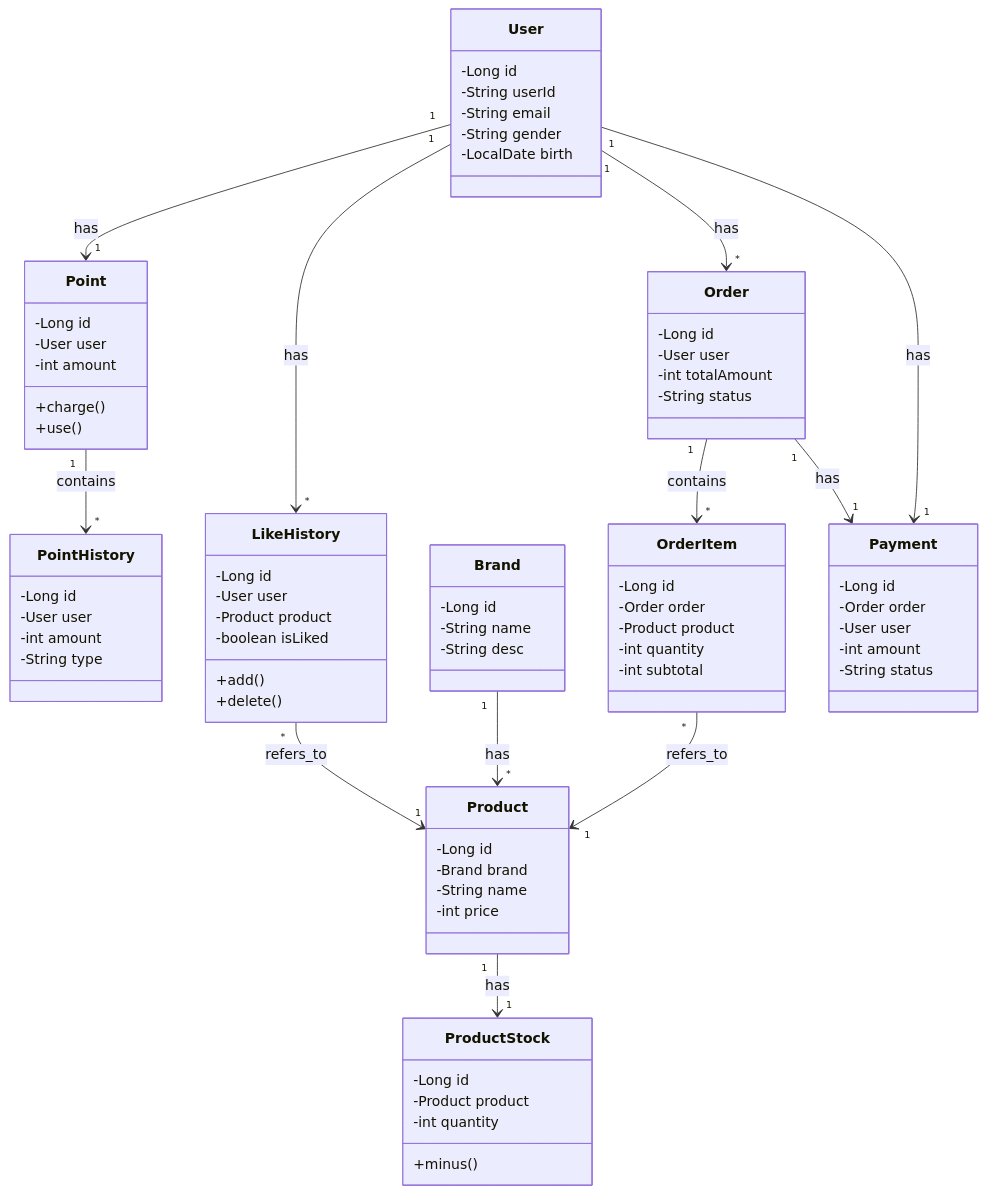
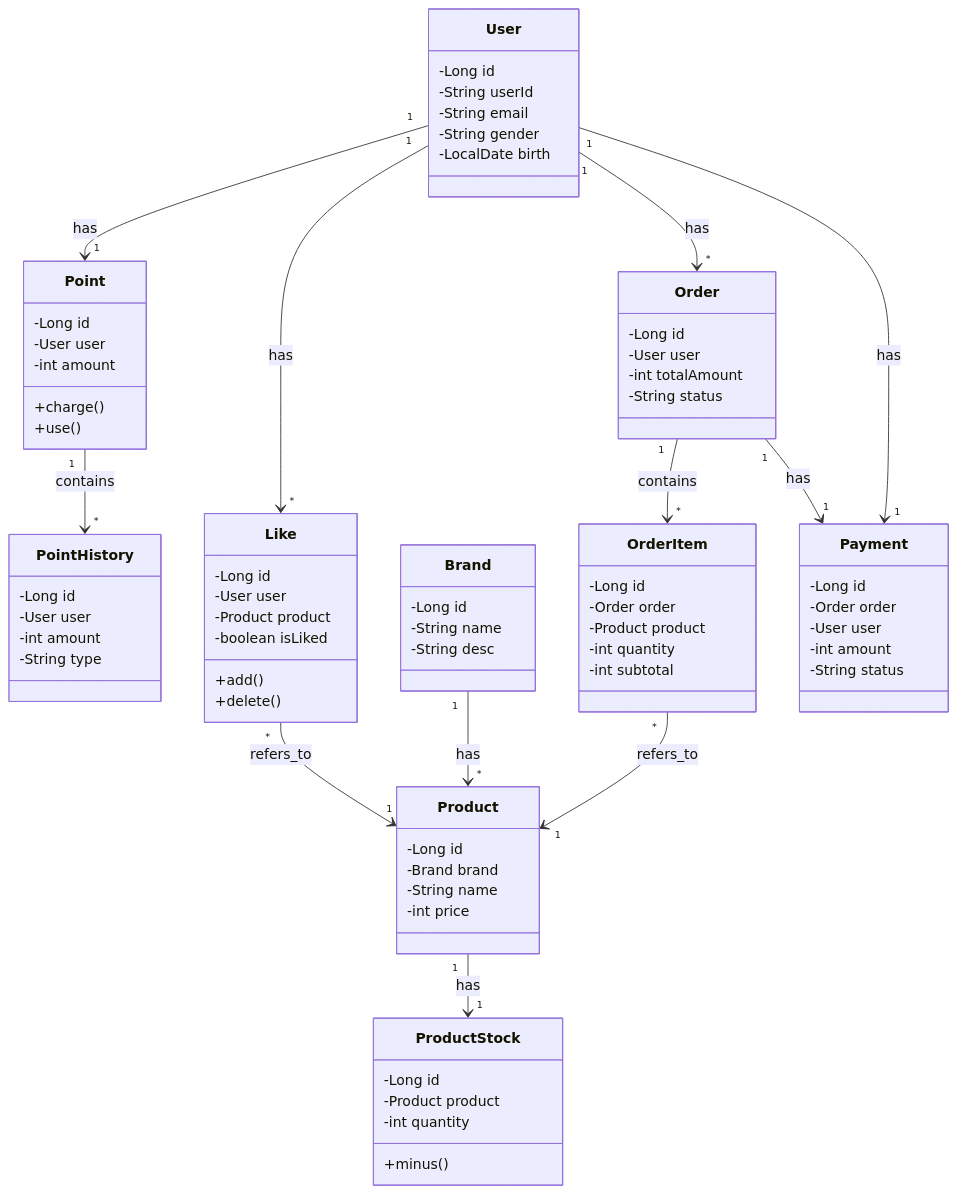
The diagram in docs/design/03-class-diagrams.md (hyunn12/e-commerce-project), drawn with Mermaid before and after one commit. The commit also changed 1 other file, not shown here.

Commit message:
docs: LikeHistory -> Like 변경

```diff
--- a/docs/design/03-class-diagrams.md
+++ b/docs/design/03-class-diagrams.md
@@ -26,7 +26,7 @@
         -String type
     }
     
-    class LikeHistory {
+    class Like {
         -Long id
         -User user
         -Product product
@@ -83,8 +83,8 @@
     %% 관계
     User "1" --> "1" Point : has
     Point "1" --> "*" PointHistory : contains
-    User "1" --> "*" LikeHistory : has
-    LikeHistory "*" --> "1" Product : refers_to
+    User "1" --> "*" Like : has
+    Like "*" --> "1" Product : refers_to
     Brand "1" --> "*" Product : has
     Product "1" --> "1" ProductStock : has
     User "1" --> "*" Order : has
```
